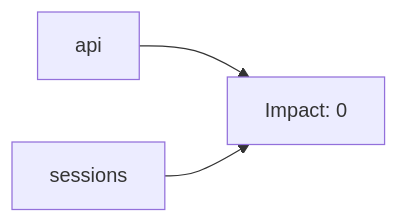
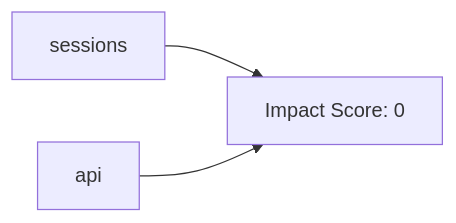
One commit to ralphie49/vasco changed the first of 4 diagrams in REQUESTS_THE_BOOK.md. Above: the diagram before and after it, drawn with Mermaid. The commit also changed other lines of this file and 6 other files, not shown here.

````diff
--- a/REQUESTS_THE_BOOK.md
+++ b/REQUESTS_THE_BOOK.md
@@ -22,5 +20,5 @@
 ```mermaid
 graph LR
-    api --> Imp_0[Impact: 0]
-    sessions --> Imp_0[Impact: 0]
+    sessions --> Imp_0[Impact Score: 0]
+    api --> Imp_0[Impact Score: 0]
 ```
````
